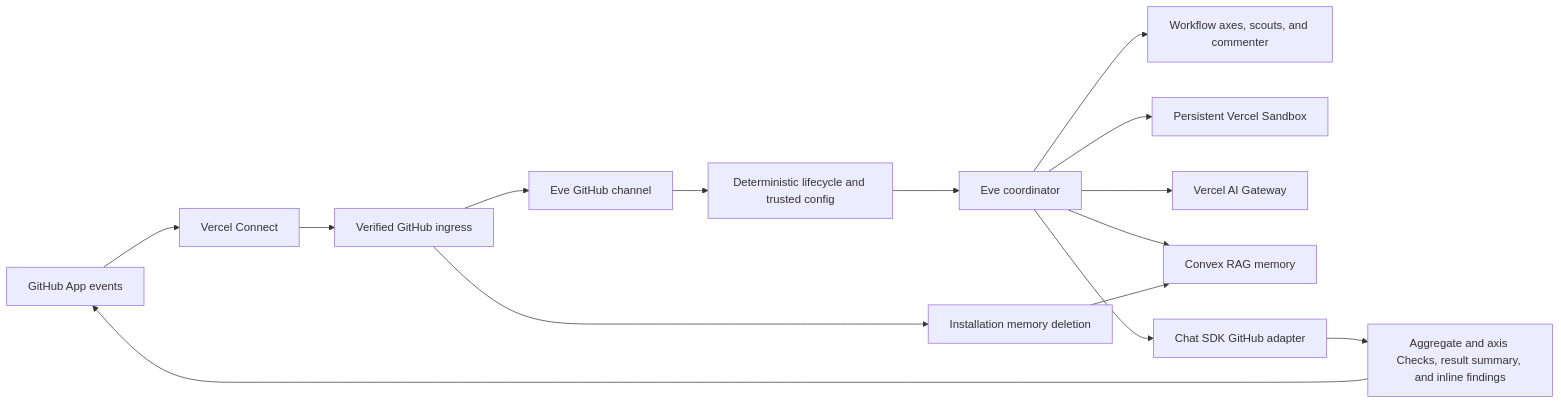
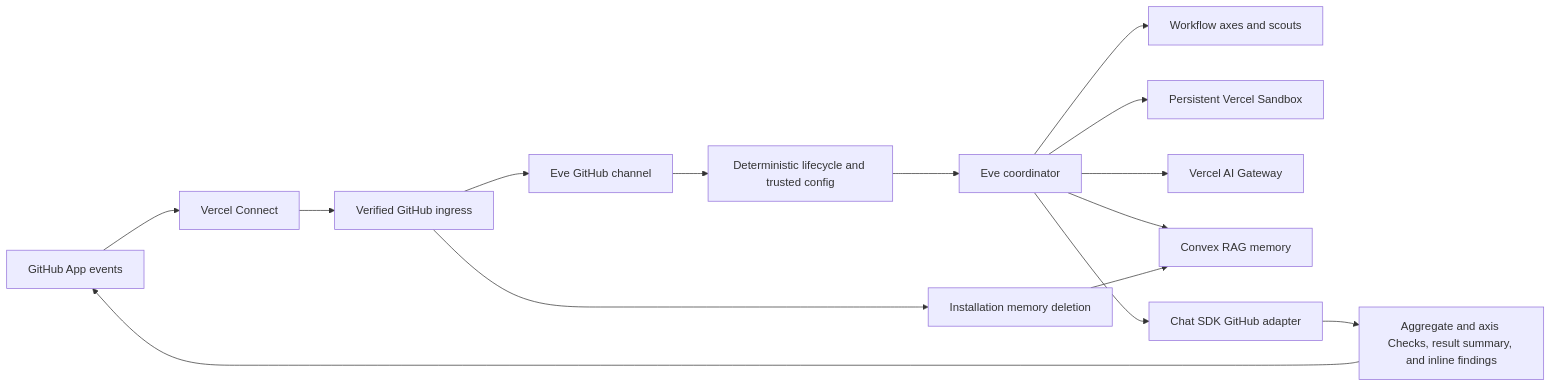
The diagram in docs/architecture.md (frostney/known-good-review), drawn with Mermaid before and after one commit. The commit also changed other lines of this file and 19 other files, not shown here.

````diff
--- a/docs/architecture.md
+++ b/docs/architecture.md
@@ -5,17 +5,17 @@
 ```mermaid
 flowchart LR
   GH["GitHub App events"] --> VC["Vercel Connect"]
   VC --> GI["Verified GitHub ingress"]
   GI --> EC["Eve GitHub channel"]
   GI --> MD["Installation memory deletion"]
   EC --> LC["Deterministic lifecycle and trusted config"]
   LC --> ER["Eve coordinator"]
-  ER --> WF["Workflow axes, scouts, and commenter"]
+  ER --> WF["Workflow axes and scouts"]
   ER --> VS["Persistent Vercel Sandbox"]
   ER --> AG["Vercel AI Gateway"]
   ER --> CM["Convex RAG memory"]
   MD --> CM
   ER --> CS["Chat SDK GitHub adapter"]
   CS --> CR["Aggregate and axis Checks, result summary, and inline findings"]
   CR --> GH
 ```
````
